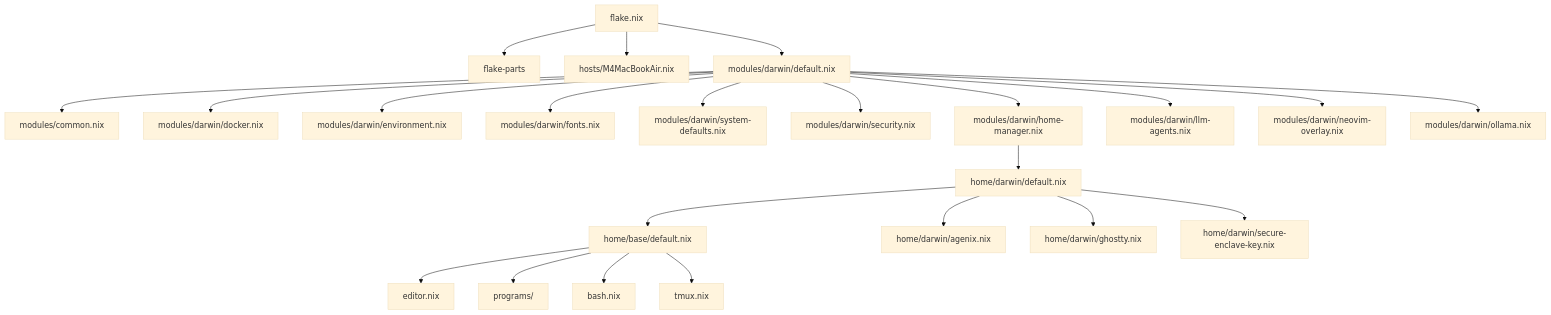
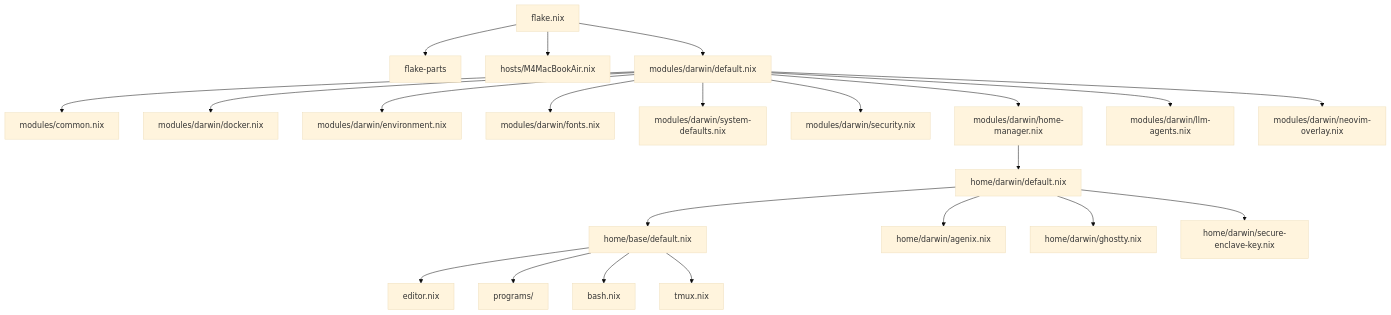
The diagram in docs/architecture.md (pranc1ngpegasus/dotfiles), drawn with Mermaid (base theme) before and after one commit. The commit also changed other lines of this file and 2 other files, not shown here.

Commit message:
Remove ollama

````diff
--- a/docs/architecture.md
+++ b/docs/architecture.md
@@ -5,25 +5,24 @@
 ```mermaid
 graph TD
     flake[flake.nix] --> parts[flake-parts]
     flake --> host[hosts/M4MacBookAir.nix]
     flake --> darwin[modules/darwin/default.nix]
     darwin --> common[modules/common.nix]
     darwin --> docker[modules/darwin/docker.nix]
     darwin --> environment[modules/darwin/environment.nix]
     darwin --> fonts[modules/darwin/fonts.nix]
     darwin --> defaults[modules/darwin/system-defaults.nix]
     darwin --> security[modules/darwin/security.nix]
     darwin --> homeManager[modules/darwin/home-manager.nix]
     darwin --> agents[modules/darwin/llm-agents.nix]
     darwin --> neovimOverlay[modules/darwin/neovim-overlay.nix]
-    darwin --> ollama[modules/darwin/ollama.nix]
     homeManager --> darwinHome[home/darwin/default.nix]
     darwinHome --> baseHome[home/base/default.nix]
     darwinHome --> agenix[home/darwin/agenix.nix]
     darwinHome --> ghostty[home/darwin/ghostty.nix]
     darwinHome --> secureEnclaveKey[home/darwin/secure-enclave-key.nix]
     baseHome --> editor[editor.nix]
     baseHome --> programs[programs/]
     baseHome --> bash[bash.nix]
     baseHome --> tmux[tmux.nix]
 ```
````
